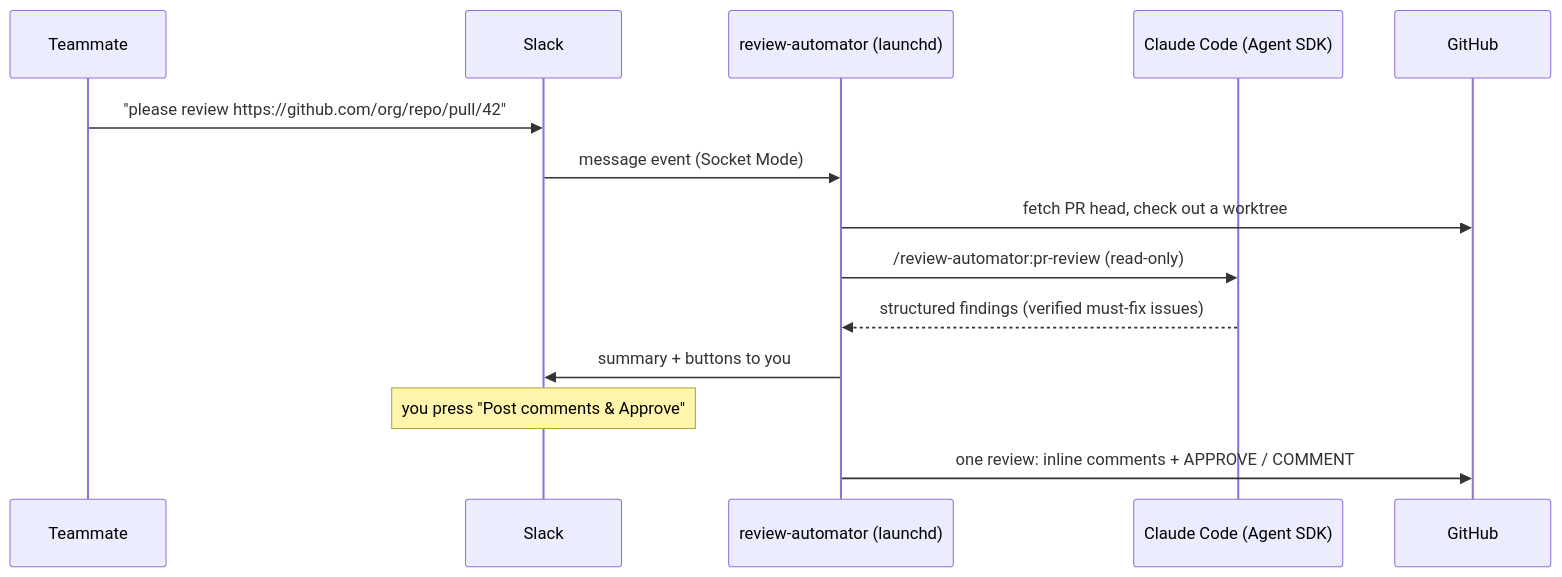
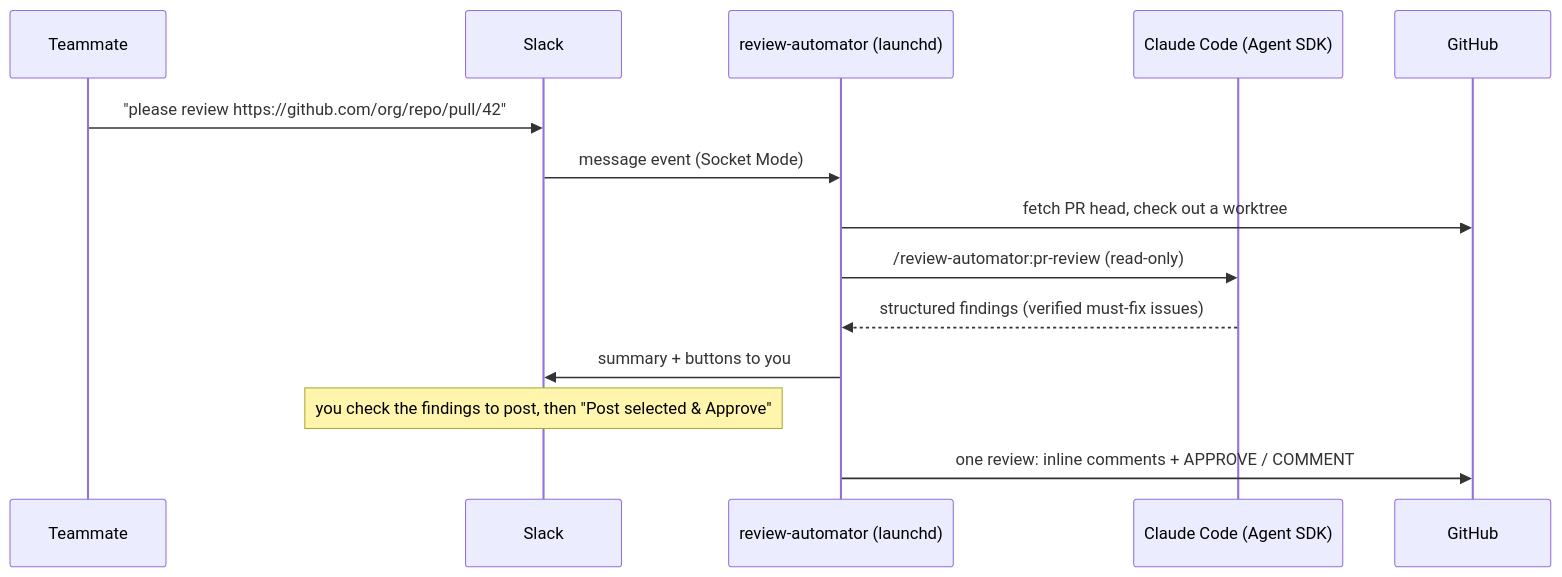
One commit to otajisan/review-automator changed the diagram in README.md. Above: the diagram before and after it, drawn with Mermaid. The commit also changed other lines of this file and 13 other files, not shown here.

First line of the commit message:
feat: show findings in full in a Slack thread and let the owner pick which to post (#12)

````diff
--- a/README.md
+++ b/README.md
@@ -6,16 +6,16 @@
 ```mermaid
 sequenceDiagram
     participant M as Teammate
     participant S as Slack
     participant R as review-automator (launchd)
     participant C as Claude Code (Agent SDK)
     participant G as GitHub
     M->>S: "please review https://github.com/org/repo/pull/42"
     S->>R: message event (Socket Mode)
     R->>G: fetch PR head, check out a worktree
     R->>C: /review-automator:pr-review (read-only)
     C-->>R: structured findings (verified must-fix issues)
     R->>S: summary + buttons to you
-    Note over S: you press "Post comments & Approve"
+    Note over S: you check the findings to post, then "Post selected & Approve"
     R->>G: one review: inline comments + APPROVE / COMMENT
 ```
````
